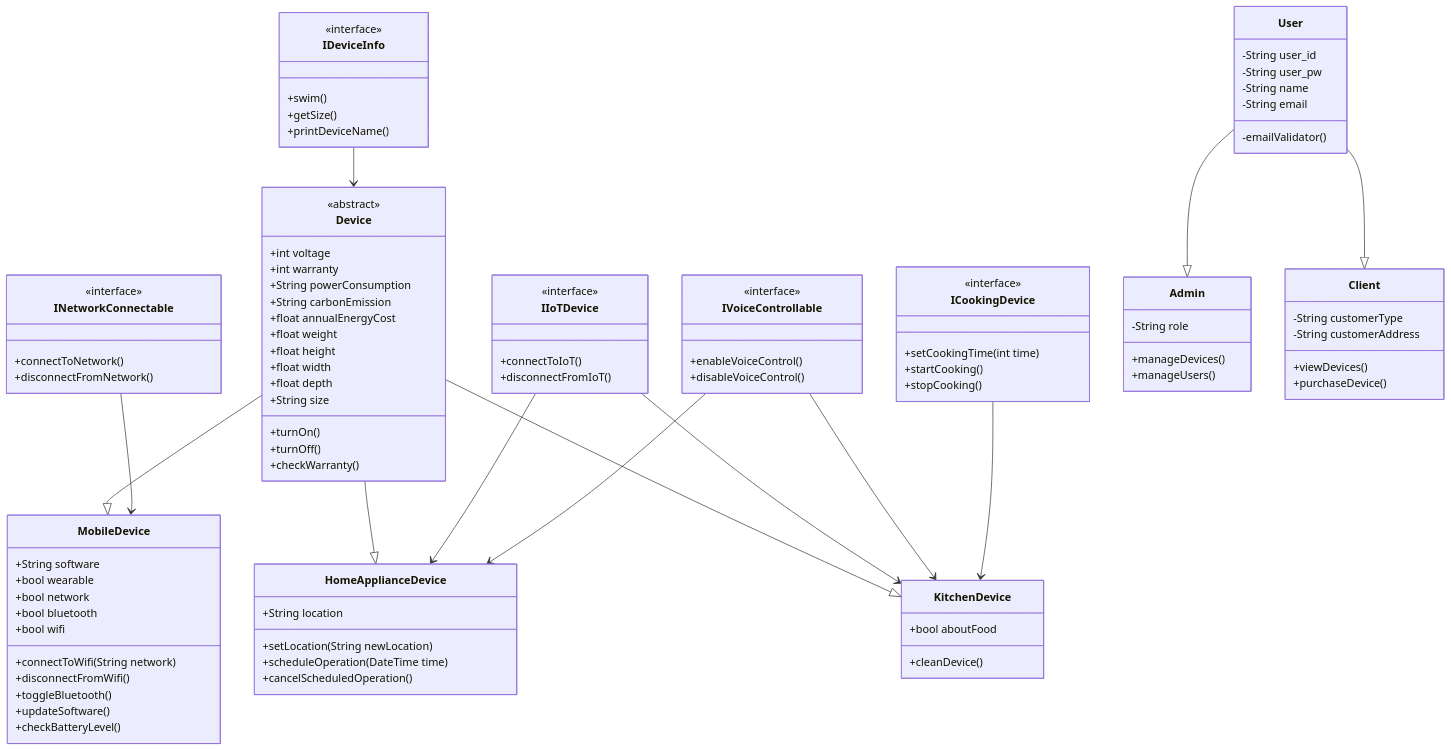
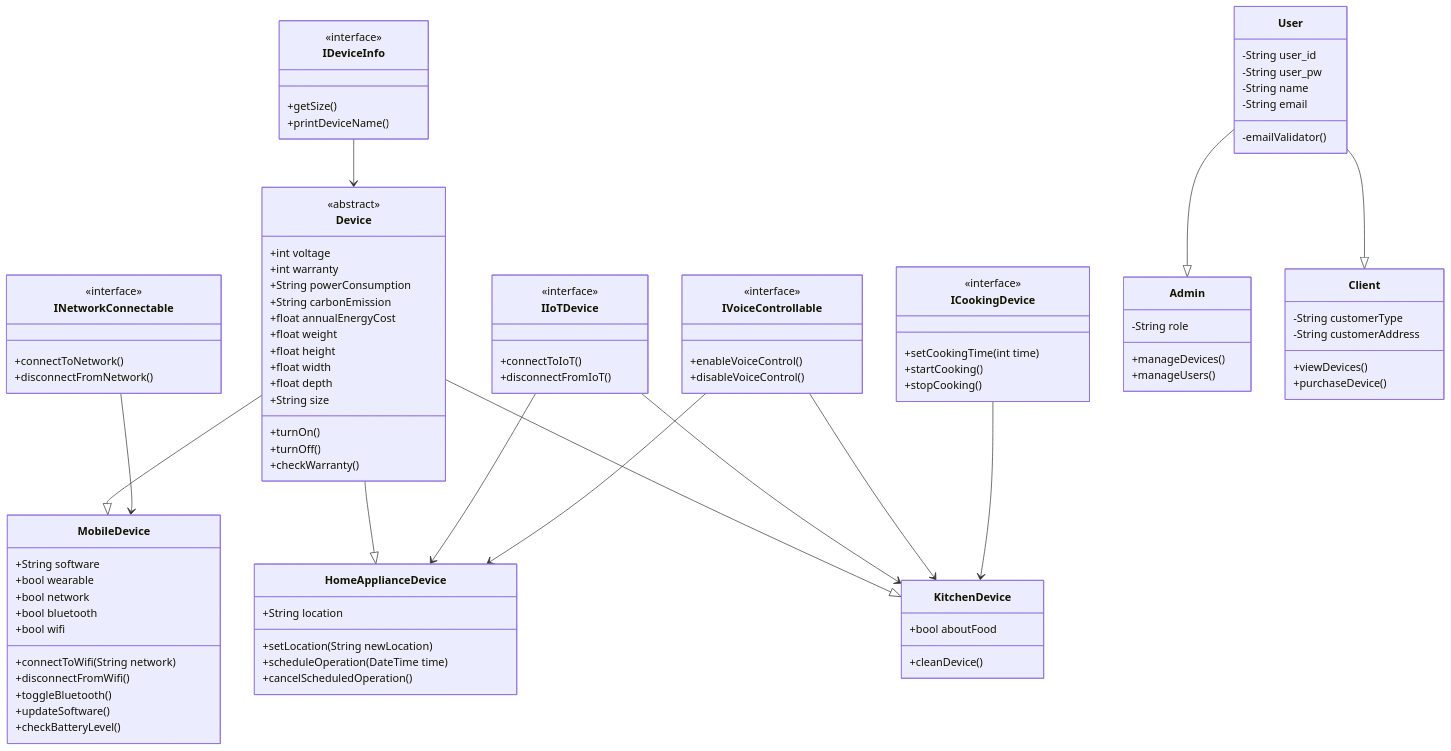
One commit to fish895623/teamproject changed the second of 2 diagrams in ClassDiagram.md. Above: the diagram before and after it, drawn with Mermaid.

Commit message:
style: Remove swim method from IDeviceInfo interface

```diff
--- a/ClassDiagram.md
+++ b/ClassDiagram.md
@@ -149,7 +149,6 @@
 
     class IDeviceInfo {
         <<interface>>
-        +swim()
         +getSize()
         +printDeviceName()
     }
```
